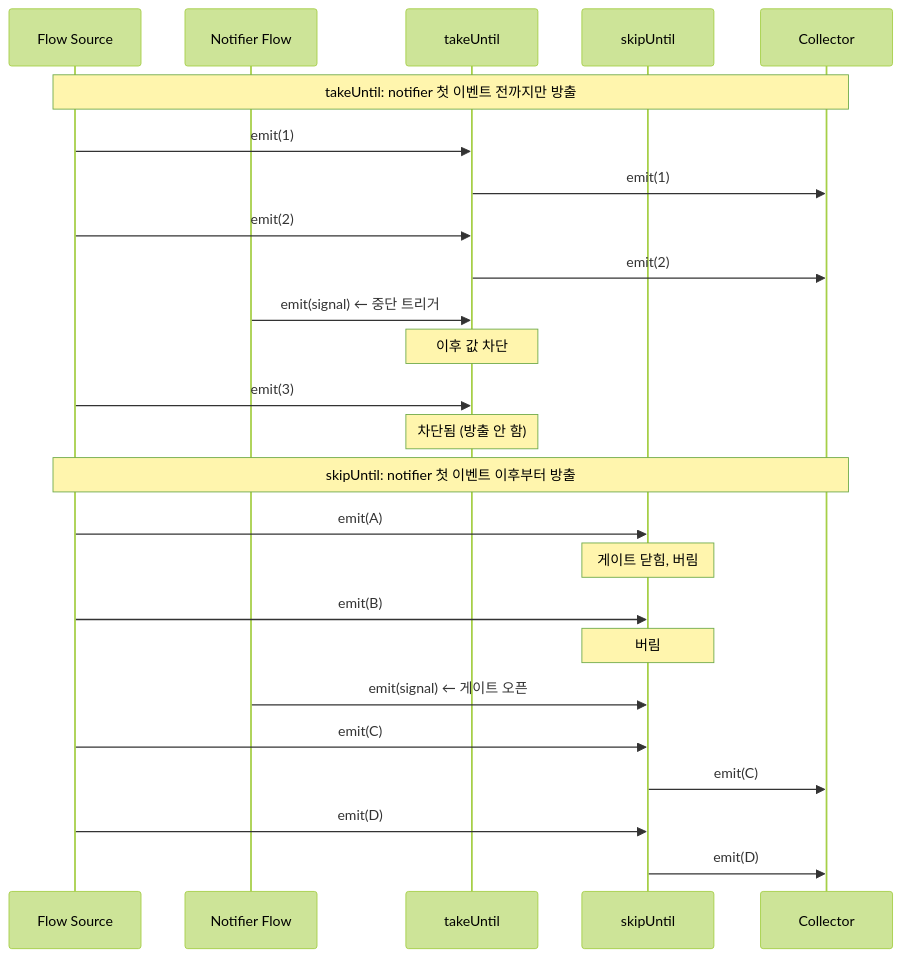
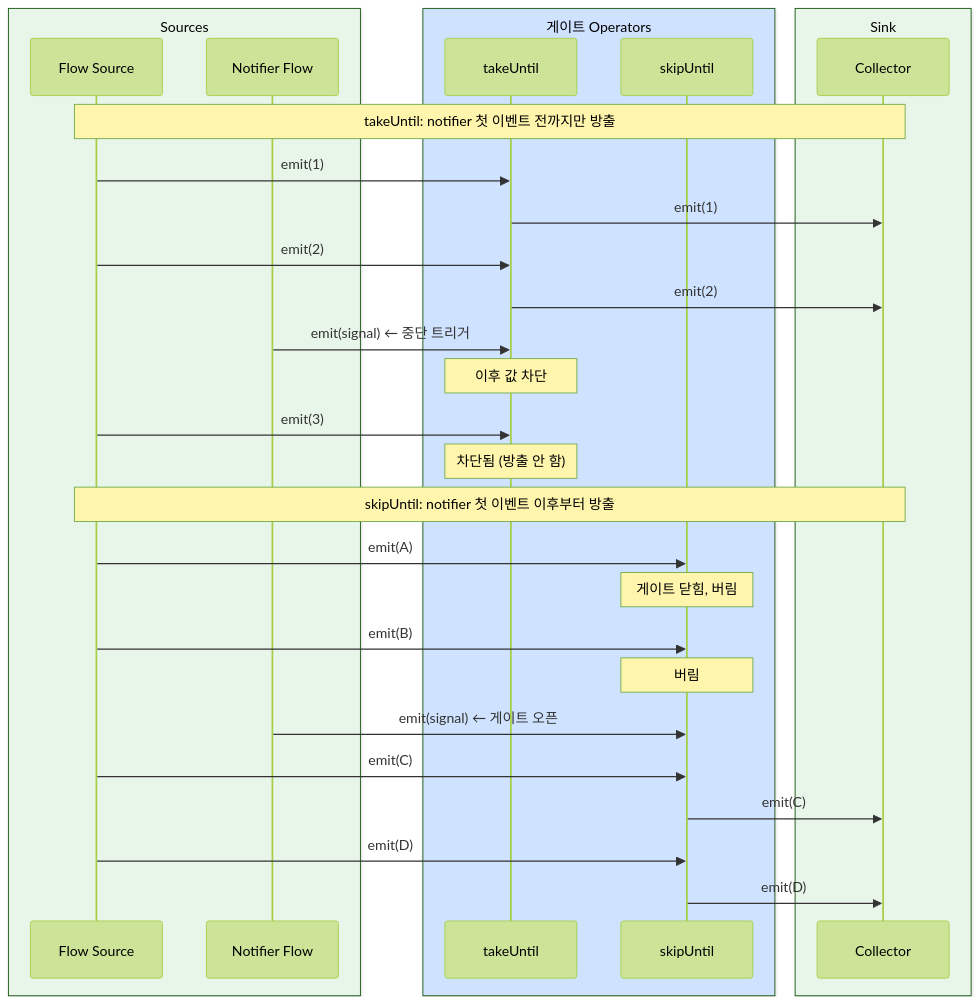
Before and after one commit to bluetape4k/bluetape4k-projects: diagram 12 of 16 in bluetape4k/coroutines/README.ko.md, drawn with Mermaid (forest theme). The commit also changed other lines of this file and 221 other files, not shown here.

First line of the commit message:
docs: 전체 모듈 README UML 다이어그램 보강 및 색상 업그레이드

````diff
--- a/bluetape4k/coroutines/README.ko.md
+++ b/bluetape4k/coroutines/README.ko.md
@@ -510,27 +595,33 @@
 ```mermaid
 sequenceDiagram
-    participant S as Flow Source
-    participant N as Notifier Flow
-    participant TU as takeUntil
-    participant SU as skipUntil
-    participant R as Collector
+    box rgb(232, 245, 233) Sources
+        participant S as Flow Source
+        participant N as Notifier Flow
+    end
+    box rgb(207, 226, 255) 게이트 Operators
+        participant TU as takeUntil
+        participant SU as skipUntil
+    end
+    box rgb(232, 245, 233) Sink
+        participant R as Collector
+    end
     Note over S, R: takeUntil: notifier 첫 이벤트 전까지만 방출
     S ->> TU: emit(1)
     TU ->> R: emit(1)
     S ->> TU: emit(2)
     TU ->> R: emit(2)
     N ->> TU: emit(signal) ← 중단 트리거
     Note over TU: 이후 값 차단
     S ->> TU: emit(3)
     Note over TU: 차단됨 (방출 안 함)
     Note over S, R: skipUntil: notifier 첫 이벤트 이후부터 방출
     S ->> SU: emit(A)
     Note over SU: 게이트 닫힘, 버림
     S ->> SU: emit(B)
     Note over SU: 버림
     N ->> SU: emit(signal) ← 게이트 오픈
     S ->> SU: emit(C)
     SU ->> R: emit(C)
     S ->> SU: emit(D)
     SU ->> R: emit(D)
 ```
````
